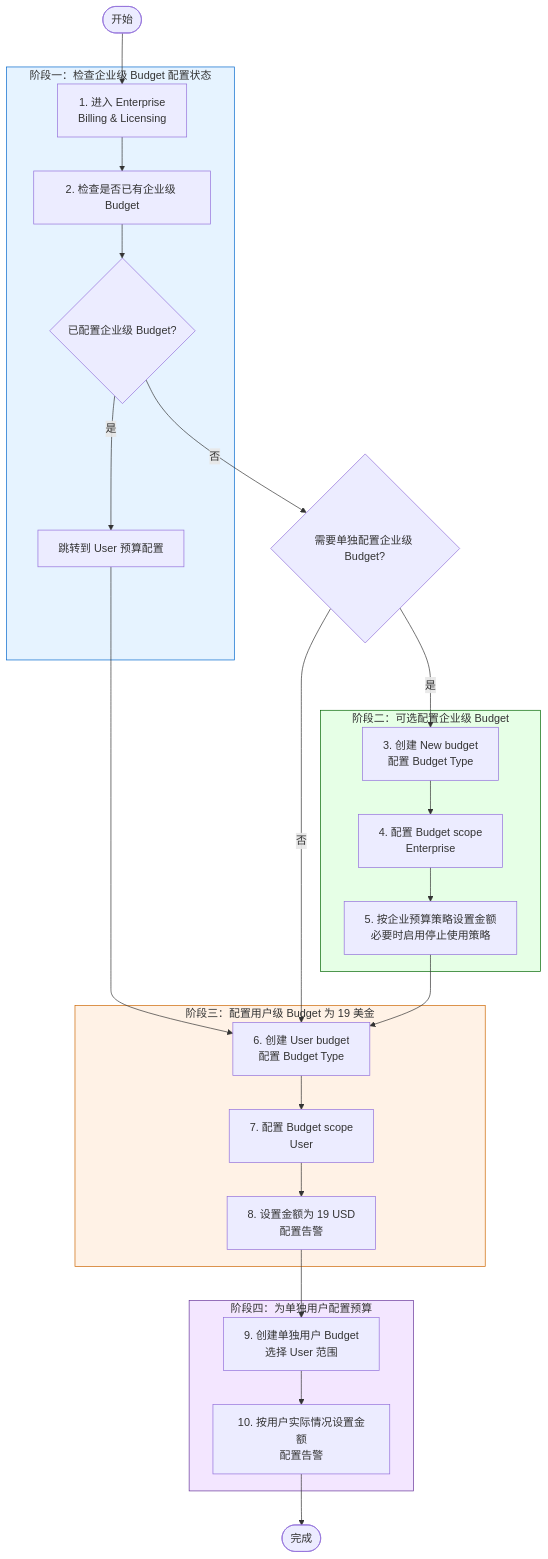
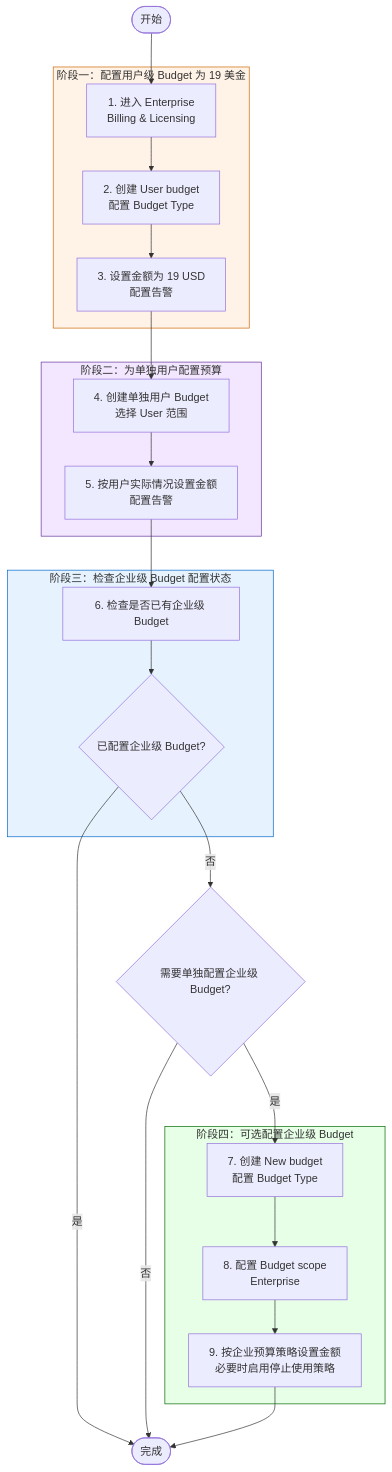
The diagram in budget/github-enterprise-budget.md (nickhou1983/Github-Sop), drawn with Mermaid before and after one commit. The commit also changed other lines of this file and 9 other files, not shown here.

Commit message:
feat: 添加多张预算相关图片以增强文档可读性

````diff
--- a/budget/github-enterprise-budget.md
+++ b/budget/github-enterprise-budget.md
@@ -23,50 +23,46 @@
 ```mermaid
 flowchart TD
     Start([开始]) --> Step1
 
-    subgraph Phase1 ["阶段一：检查企业级 Budget 配置状态"]
+    subgraph Phase1 ["阶段一：配置用户级 Budget 为 19 美金"]
         Step1[1. 进入 Enterprise<br/>Billing & Licensing]
-        Step2[2. 检查是否已有企业级 Budget]
-        Decision1{已配置企业级 Budget?}
-        UserBudget[跳转到 User 预算配置]
+        Step2[2. 创建 User budget<br/>配置 Budget Type]
+        Step3[3. 设置金额为 19 USD<br/>配置告警]
     end
 
-    subgraph Phase2 ["阶段二：可选配置企业级 Budget"]
-        Step5[3. 创建 New budget<br/>配置 Budget Type]
-        Step6[4. 配置 Budget scope<br/>Enterprise]
-        Step7[5. 按企业预算策略设置金额<br/>必要时启用停止使用策略]
+    subgraph Phase2 ["阶段二：为单独用户配置预算"]
+        Step4[4. 创建单独用户 Budget<br/>选择 User 范围]
+        Step5[5. 按用户实际情况设置金额<br/>配置告警]
     end
 
-    subgraph Phase3 ["阶段三：配置用户级 Budget 为 19 美金"]
-        Step8[6. 创建 User budget<br/>配置 Budget Type]
-        Step9[7. 配置 Budget scope<br/>User]
-        Step10[8. 设置金额为 19 USD<br/>配置告警]
+    subgraph Phase3 ["阶段三：检查企业级 Budget 配置状态"]
+        Step6[6. 检查是否已有企业级 Budget]
+        Decision1{已配置企业级 Budget?}
     end
 
-    subgraph Phase4 ["阶段四：为单独用户配置预算"]
-        Step11[9. 创建单独用户 Budget<br/>选择 User 范围]
-        Step12[10. 按用户实际情况设置金额<br/>配置告警]
+    subgraph Phase4 ["阶段四：可选配置企业级 Budget"]
+        Step8[7. 创建 New budget<br/>配置 Budget Type]
+        Step9[8. 配置 Budget scope<br/>Enterprise]
+        Step10[9. 按企业预算策略设置金额<br/>必要时启用停止使用策略]
     end
 
     Step1 --> Step2
-    Step2 --> Decision1
-    Decision1 -- 是 --> UserBudget
-    UserBudget --> Step8
+    Step2 --> Step3
+    Step3 --> Step4
+    Step4 --> Step5
+    Step5 --> Step6
+    Step6 --> Decision1
+    Decision1 -- 是 --> End([完成])
     Decision2{需要单独配置企业级 Budget?}
     Decision1 -- 否 --> Decision2
-    Decision2 -- 是 --> Step5
-    Decision2 -- 否 --> Step8
-    Step5 --> Step6
-    Step6 --> Step7
-    Step7 --> Step8
+    Decision2 -- 是 --> Step8
+    Decision2 -- 否 --> End
     Step8 --> Step9
     Step9 --> Step10
-    Step10 --> Step11
-    Step11 --> Step12
-    Step12 --> End([完成])
+    Step10 --> End
 
-    style Phase1 fill:#e6f3ff,stroke:#0066cc
-    style Phase2 fill:#e6ffe6,stroke:#006600
-    style Phase3 fill:#fff2e6,stroke:#cc6600
-    style Phase4 fill:#f3e6ff,stroke:#663399
+    style Phase1 fill:#fff2e6,stroke:#cc6600
+    style Phase2 fill:#f3e6ff,stroke:#663399
+    style Phase3 fill:#e6f3ff,stroke:#0066cc
+    style Phase4 fill:#e6ffe6,stroke:#006600
 ```
````
